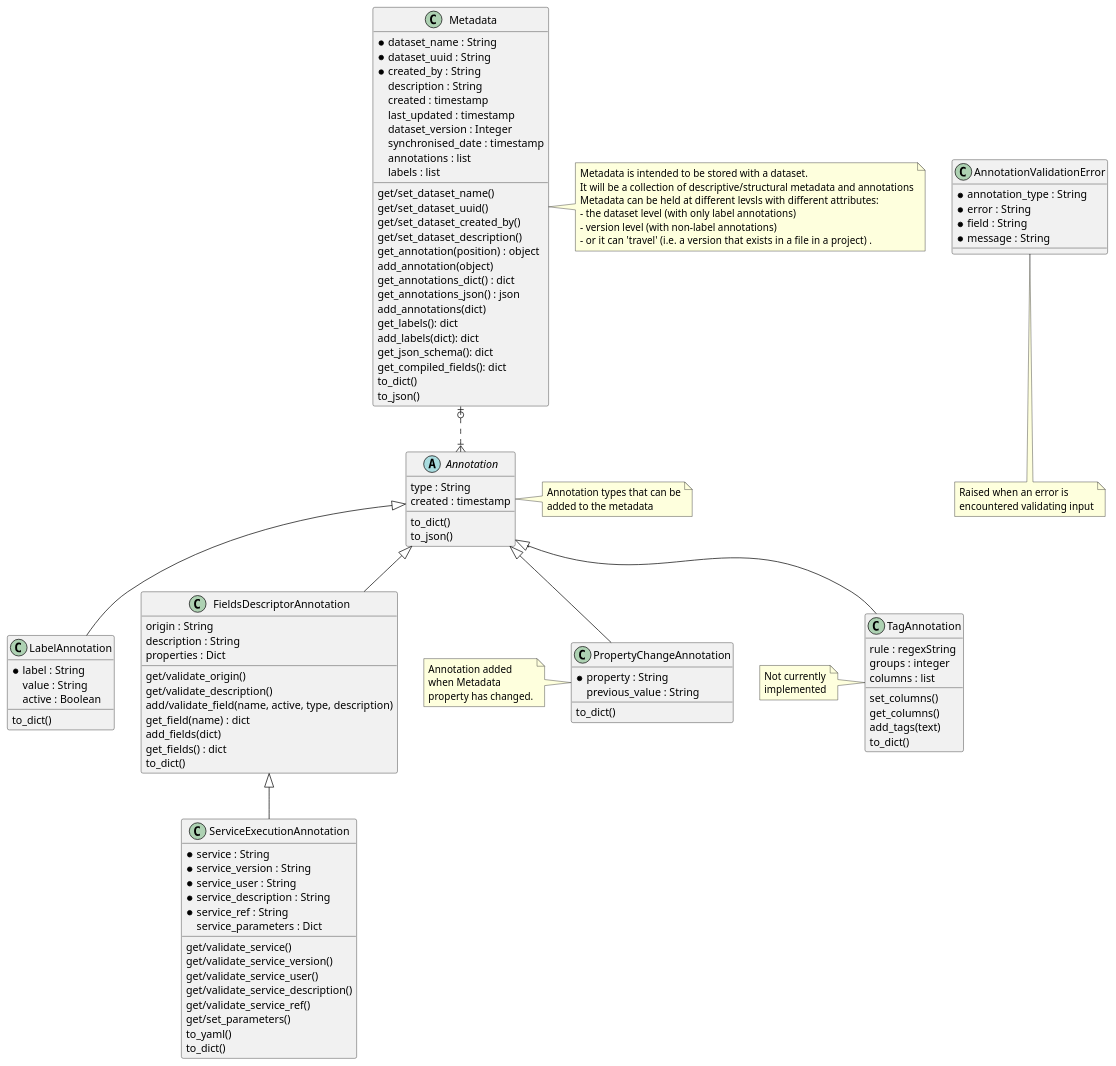
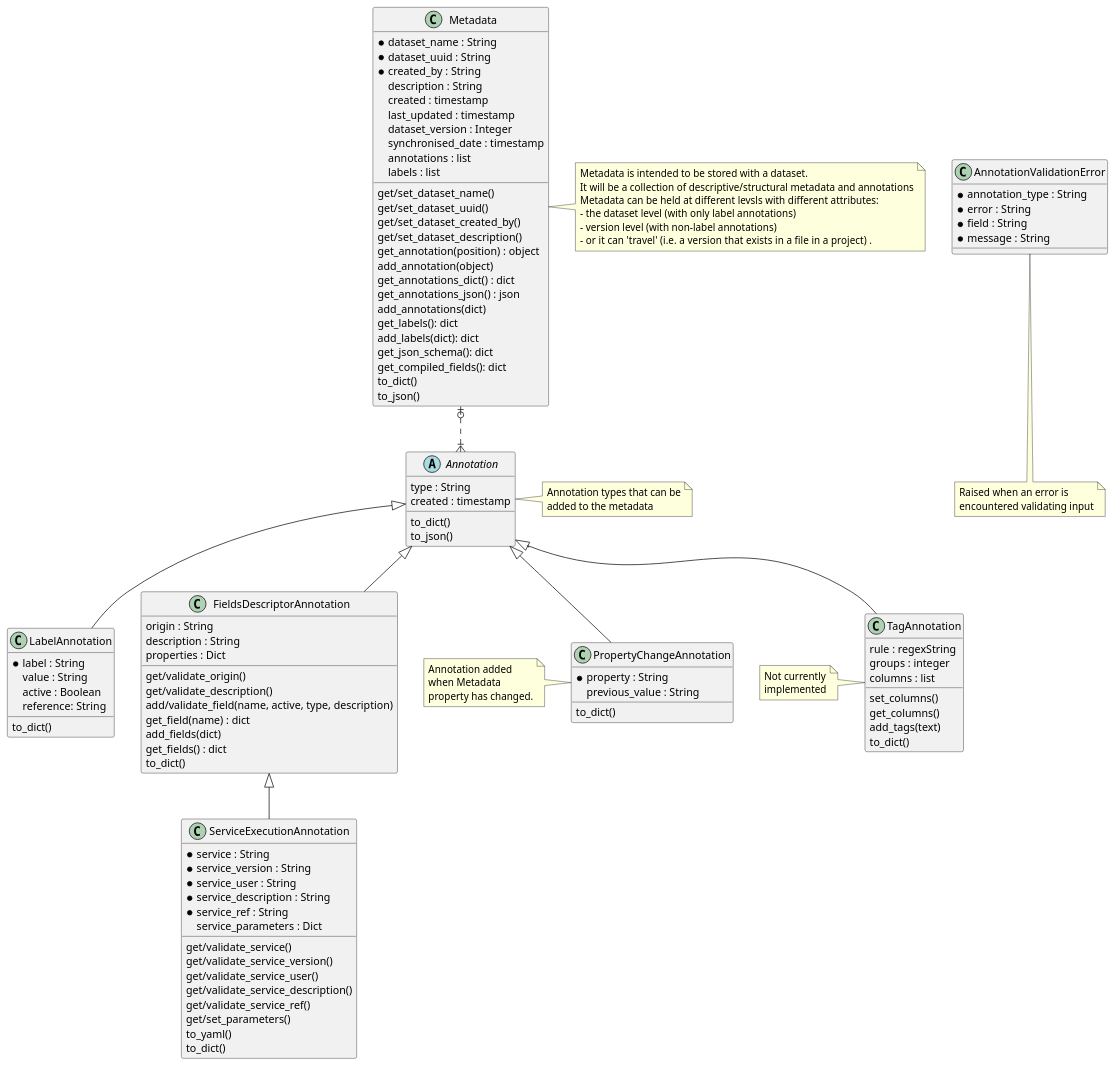
The diagram in docs/data-manager-metadata.puml (InformaticsMatters/squonk2-data-manager-metadata), drawn with PlantUML before and after one commit. The commit also changed 5 other files, not shown here.

```diff
--- a/docs/data-manager-metadata.puml
+++ b/docs/data-manager-metadata.puml
@@ -1,109 +1,110 @@
 @startuml
 class Metadata {
     *dataset_name : String
     *dataset_uuid : String
     *created_by : String
     description : String
     created : timestamp
     last_updated : timestamp
     dataset_version : Integer
     synchronised_date : timestamp
     annotations : list
     labels : list
     get/set_dataset_name()
     get/set_dataset_uuid()
     get/set_dataset_created_by()
     get/set_dataset_description()
     get_annotation(position) : object
     add_annotation(object)
     get_annotations_dict() : dict
     get_annotations_json() : json
     add_annotations(dict)
     get_labels(): dict
     add_labels(dict): dict
     get_json_schema(): dict
     get_compiled_fields(): dict
     to_dict()
     to_json()
 }
 note right: Metadata is intended to be stored with a dataset.\nIt will be a collection of descriptive/structural metadata and annotations\nMetadata can be held at different levsls with different attributes:\n- the dataset level (with only label annotations)\n- version level (with non-label annotations)\n- or it can 'travel' (i.e. a version that exists in a file in a project)  .
 
 abstract class Annotation {
     type : String
     created : timestamp
     to_dict()
     to_json()
 }
 note right: Annotation types that can be\nadded to the metadata
 
 class PropertyChangeAnnotation {
     *property : String
     previous_value : String
     to_dict()
 }
 note left: Annotation added\nwhen Metadata\nproperty has changed.
 
 class LabelAnnotation {
     *label : String
     value : String
     active : Boolean
+    reference: String
     to_dict()
 }
 
 class TagAnnotation {
     rule : regexString
     groups : integer
     columns : list
     set_columns()
     get_columns()
     add_tags(text)
     to_dict()
 }
 note left: Not currently\nimplemented
 
 class FieldsDescriptorAnnotation {
     origin : String
     description : String
     properties : Dict
     get/validate_origin()
     get/validate_description()
     add/validate_field(name, active, type, description)
     get_field(name) : dict
     add_fields(dict)
     get_fields() : dict
     to_dict()
 }
 
 class ServiceExecutionAnnotation {
     *service : String
     *service_version : String
     *service_user : String
     *service_description : String
     *service_ref : String
     service_parameters : Dict
     get/validate_service()
     get/validate_service_version()
     get/validate_service_user()
     get/validate_service_description()
     get/validate_service_ref()
     get/set_parameters()
     to_yaml()
     to_dict()
 }
 
 class AnnotationValidationError  {
     *annotation_type : String
     *error : String
     *field : String
     *message : String
 }
 note bottom: Raised when an error is\nencountered validating input
 
 
 Metadata  |o..|{   Annotation
 Annotation <|-- LabelAnnotation
 Annotation <|-- PropertyChangeAnnotation
 Annotation <|-- FieldsDescriptorAnnotation
 FieldsDescriptorAnnotation <|-- ServiceExecutionAnnotation
 Annotation <|-- TagAnnotation
 @enduml
```
